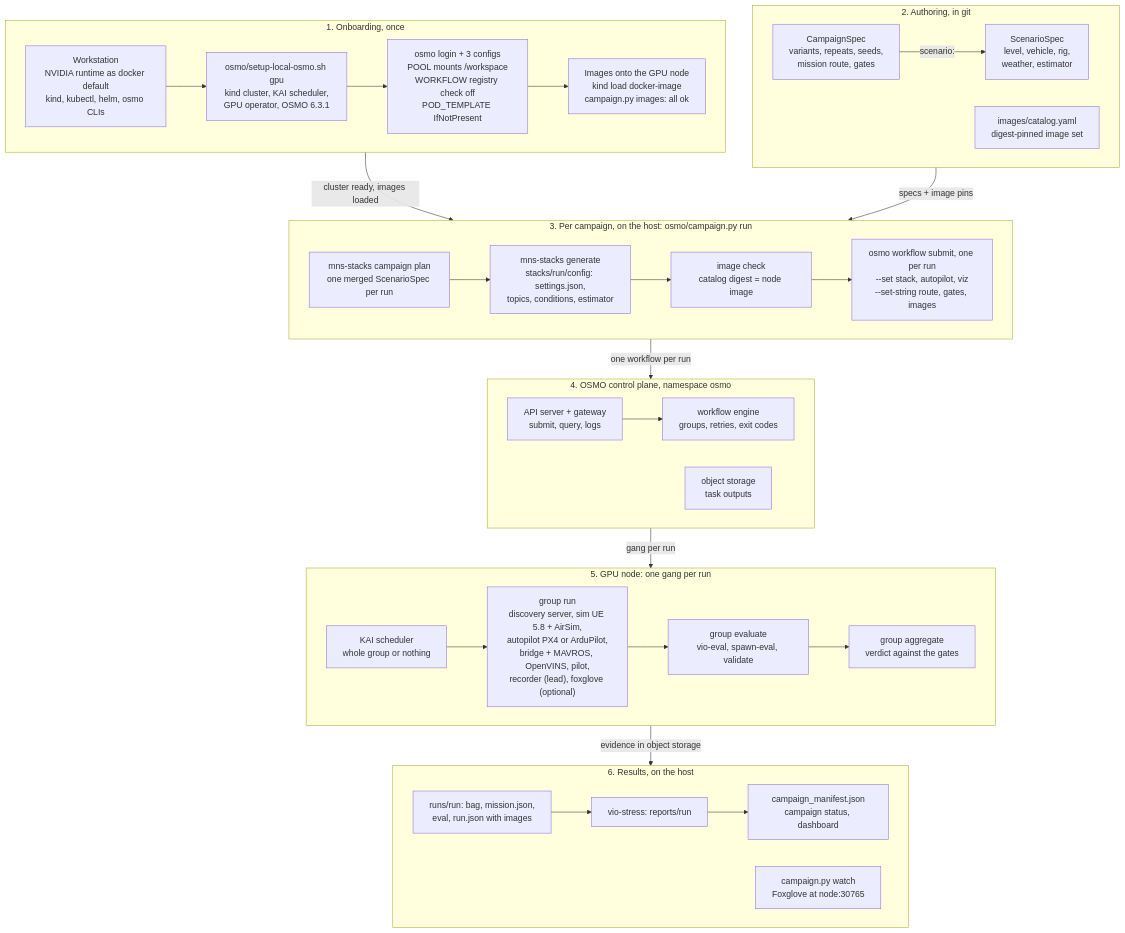
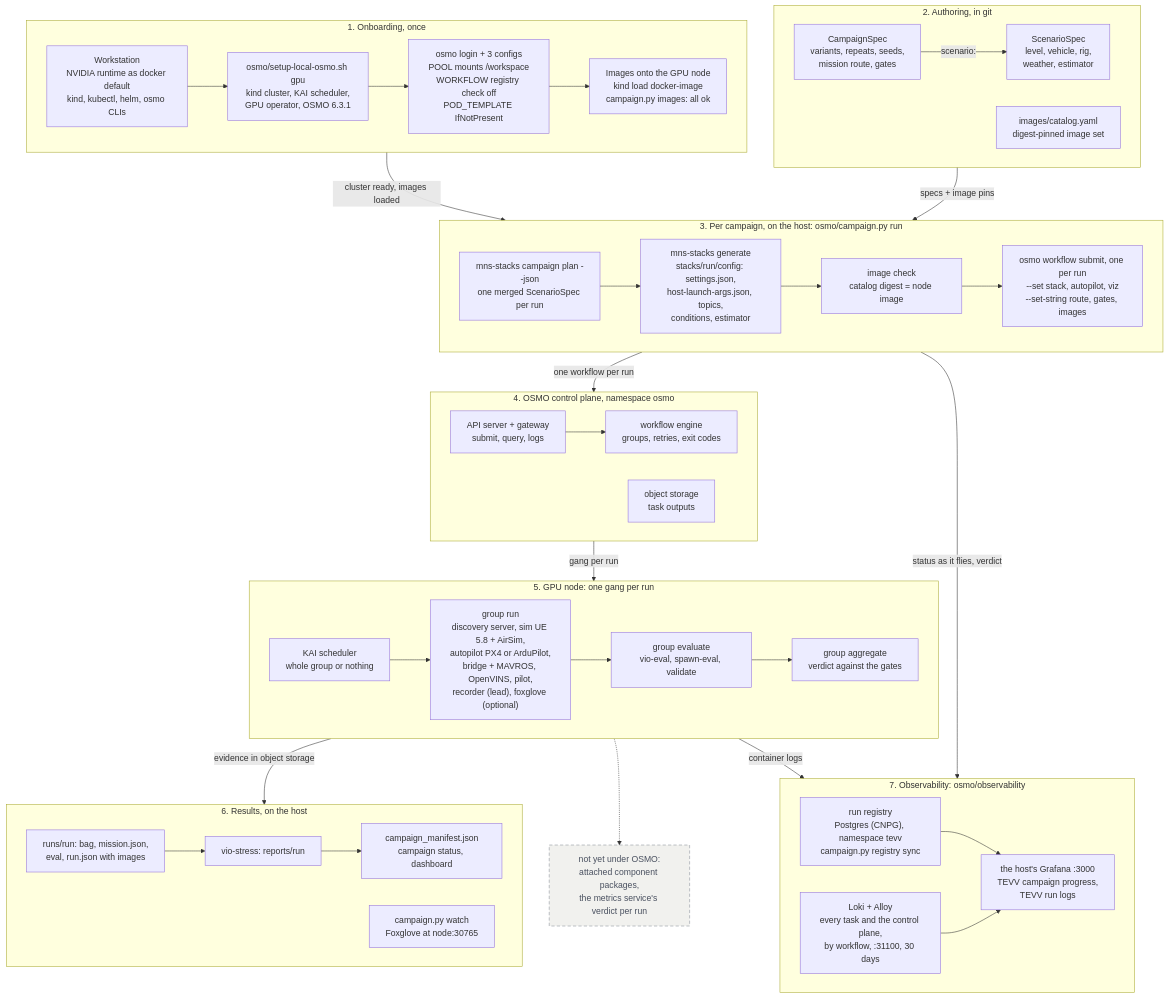
One commit to DinoHub/M-S-Simulation-Runtime-Stack changed the diagram in docs/diagrams/osmo-end-to-end.mermaid. Above: the diagram before and after it, drawn with Mermaid. The commit also changed 10 other files, not shown here.

```diff
--- a/docs/diagrams/osmo-end-to-end.mermaid
+++ b/docs/diagrams/osmo-end-to-end.mermaid
@@ -1,64 +1,84 @@
-%% TEVV on OSMO, as built (24 Sept 2026): from getting onto OSMO, through a
-%% CampaignSpec, to one gang-scheduled workflow per run and the scorecard.
-%% Sources: docs/osmo-runbook.md, docs/osmo-kubernetes-concepts.md,
-%% osmo/campaign.py, osmo/sim-bridge-vio.workflow.yaml.
-%% Render: npx -y @mermaid-js/mermaid-cli -i osmo-end-to-end.mermaid -o osmo-end-to-end.png -w 2400 -b white
-%%   (on Ubuntu 23.10+ add -p with {"args":["--no-sandbox"]} if Chromium reports no usable sandbox)
+%% TEVV on OSMO, as built (4 Oct 2026): from getting onto OSMO, through a
+%% CampaignSpec, to one gang-scheduled workflow per run, the scorecard, the run
+%% registry and the logs. Grey dashed: built for local compose runs, not yet
+%% carried into the OSMO workflow (target only).
+%% Sources: docs/osmo-runbook.md, docs/osmo-kubernetes-concepts.md, docs/osmo-logs.md,
+%% osmo/campaign.py, osmo/sim-bridge-vio.workflow.yaml, osmo/observability/install.sh.
+%% Render (from this folder):
+%%   docker run --rm -u "$(id -u):$(id -g)" -e HOME=/tmp -v "$PWD:/data" minlag/mermaid-cli \
+%%     -p /puppeteer-config.json -i /data/osmo-end-to-end.mermaid -o /data/osmo-end-to-end.png -s 2
 flowchart TB
   subgraph ONB["1. Onboarding, once"]
     direction LR
     W1["Workstation<br/>NVIDIA runtime as docker default<br/>kind, kubectl, helm, osmo CLIs"]
     W2["osmo/setup-local-osmo.sh gpu<br/>kind cluster, KAI scheduler,<br/>GPU operator, OSMO 6.3.1"]
     W3["osmo login + 3 configs<br/>POOL mounts /workspace<br/>WORKFLOW registry check off<br/>POD_TEMPLATE IfNotPresent"]
     W4["Images onto the GPU node<br/>kind load docker-image<br/>campaign.py images: all ok"]
     W1 --> W2 --> W3 --> W4
   end
 
   subgraph AUTH["2. Authoring, in git"]
     direction LR
     CS["CampaignSpec<br/>variants, repeats, seeds,<br/>mission route, gates"]
     SS["ScenarioSpec<br/>level, vehicle, rig,<br/>weather, estimator"]
     CAT["images/catalog.yaml<br/>digest-pinned image set"]
     CS -->|"scenario:"| SS
   end
 
   subgraph HOST["3. Per campaign, on the host: osmo/campaign.py run"]
     direction LR
-    PLAN["mns-stacks campaign plan<br/>one merged ScenarioSpec per run"]
-    GEN["mns-stacks generate<br/>stacks/run/config: settings.json,<br/>topics, conditions, estimator"]
+    PLAN["mns-stacks campaign plan --json<br/>one merged ScenarioSpec per run"]
+    GEN["mns-stacks generate<br/>stacks/run/config: settings.json,<br/>host-launch-args.json, topics,<br/>conditions, estimator"]
     IMG["image check<br/>catalog digest = node image"]
     SUB["osmo workflow submit, one per run<br/>--set stack, autopilot, viz<br/>--set-string route, gates, images"]
     PLAN --> GEN --> IMG --> SUB
   end
 
   subgraph CP["4. OSMO control plane, namespace osmo"]
     direction LR
     API["API server + gateway<br/>submit, query, logs"]
     ENG["workflow engine<br/>groups, retries, exit codes"]
     S3["object storage<br/>task outputs"]
     API --> ENG
   end
 
   subgraph NODE["5. GPU node: one gang per run"]
     direction LR
     KAI["KAI scheduler<br/>whole group or nothing"]
     RUN["group run<br/>discovery server, sim UE 5.8 + AirSim,<br/>autopilot PX4 or ArduPilot,<br/>bridge + MAVROS, OpenVINS, pilot,<br/>recorder (lead), foxglove (optional)"]
     EVAL["group evaluate<br/>vio-eval, spawn-eval, validate"]
     AGG["group aggregate<br/>verdict against the gates"]
     KAI --> RUN --> EVAL --> AGG
   end
 
   subgraph OUT["6. Results, on the host"]
     direction LR
     PULL["runs/run: bag, mission.json,<br/>eval, run.json with images"]
     VS["vio-stress: reports/run"]
     MAN["campaign_manifest.json<br/>campaign status, dashboard"]
     WATCH["campaign.py watch<br/>Foxglove at node:30765"]
     PULL --> VS --> MAN
   end
 
+  subgraph OBS["7. Observability: osmo/observability"]
+    direction LR
+    REG["run registry<br/>Postgres (CNPG), namespace tevv<br/>campaign.py registry sync"]
+    LOKI["Loki + Alloy<br/>every task and the control plane,<br/>by workflow, :31100, 30 days"]
+    GRAF["the host's Grafana :3000<br/>TEVV campaign progress,<br/>TEVV run logs"]
+    REG --> GRAF
+    LOKI --> GRAF
+  end
+
+  GAP["not yet under OSMO:<br/>attached component packages,<br/>the metrics service's verdict per run"]
+
   ONB -->|"cluster ready, images loaded"| HOST
   AUTH -->|"specs + image pins"| HOST
   HOST -->|"one workflow per run"| CP
   CP -->|"gang per run"| NODE
   NODE -->|"evidence in object storage"| OUT
+  HOST -->|"status as it flies, verdict"| REG
+  NODE -->|"container logs"| LOKI
+  NODE -.-> GAP
+
+  classDef target fill:#F1F1EE,stroke:#8A8F99,color:#4A5160,stroke-dasharray:6 4
+  class GAP target
```
